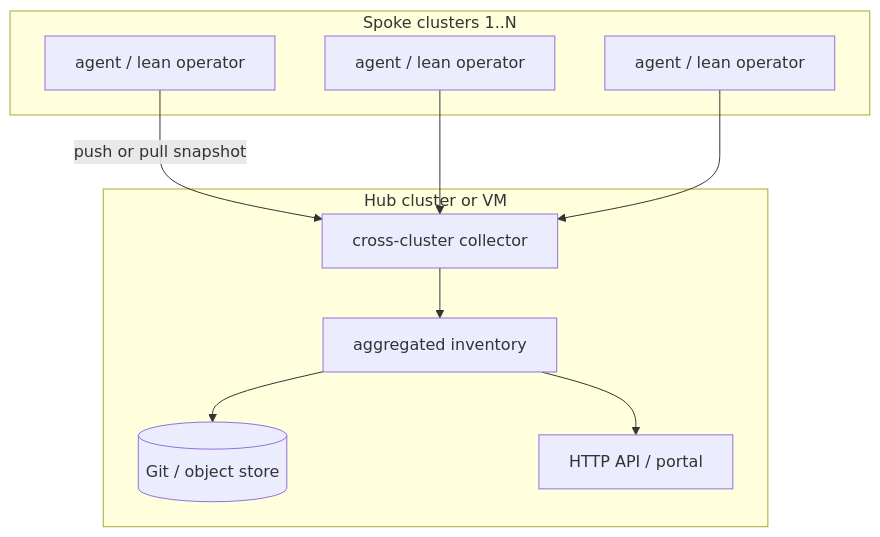
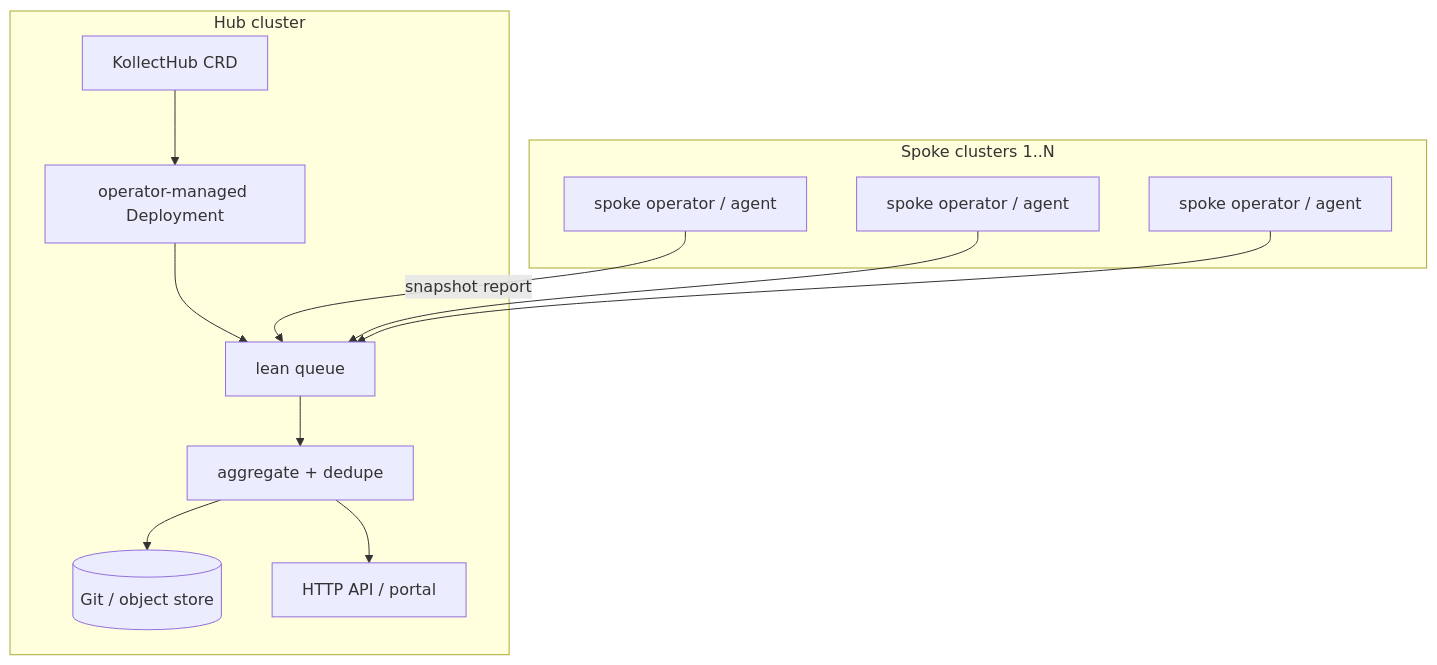
The second of 3 diagrams in docs/adr/0022-multi-cluster-sync-rfc.md (konih/kollect), drawn with Mermaid before and after one commit. The commit also changed other lines of this file and 8 other files, not shown here.

First line of the commit message:
:page_facing_up: docs: namespaced inventory, hub CRD, queue ADR

````diff
--- a/docs/adr/0022-multi-cluster-sync-rfc.md
+++ b/docs/adr/0022-multi-cluster-sync-rfc.md
@@ -37,18 +40,22 @@
 ```mermaid
 flowchart TB
   subgraph spokes [Spoke clusters 1..N]
-    A1[agent / lean operator]
-    A2[agent / lean operator]
-    AN[agent / lean operator]
+    A1[spoke operator / agent]
+    A2[spoke operator / agent]
+    AN[spoke operator / agent]
   end
-  subgraph hub [Hub cluster or VM]
-    Coll[cross-cluster collector]
-    Inv[aggregated inventory]
-    Coll --> Inv
-    Inv --> Git[(Git / object store)]
-    Inv --> Portal[HTTP API / portal]
+  subgraph hubCluster [Hub cluster]
+    HubCRD["KollectHub CRD"]
+    Dep[operator-managed Deployment]
+    Q[lean queue]
+    Agg[aggregate + dedupe]
+    HubCRD --> Dep
+    Dep --> Q
+    Q --> Agg
+    Agg --> Git[(Git / object store)]
+    Agg --> Portal[HTTP API / portal]
   end
-  A1 -->|push or pull snapshot| Coll
-  A2 --> Coll
-  AN --> Coll
+  A1 -->|snapshot report| Q
+  A2 --> Q
+  AN --> Q
 ```
````
